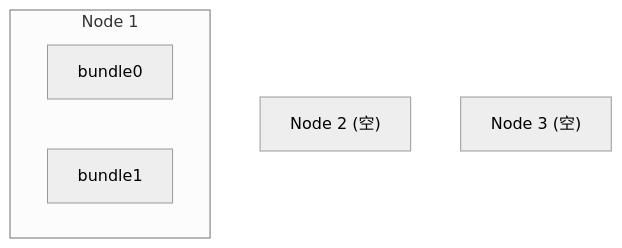
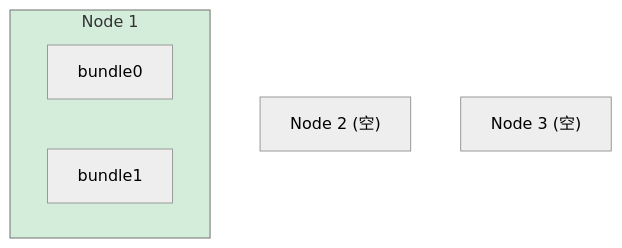
The first of 5 diagrams in ray-learning-path/03-调度系统/03-放置组策略.md (keyuanweb/ai-learning-path), drawn with Mermaid (neutral theme) before and after one commit. The commit also changed other lines of this file and 176 other files, not shown here.

First line of the commit message:
docs: 全仓库文档校对修复——错别字/失效链接/Mermaid图/源码引用

````diff
--- a/ray-learning-path/03-调度系统/03-放置组策略.md
+++ b/ray-learning-path/03-调度系统/03-放置组策略.md
@@ -41,11 +41,11 @@
 ```mermaid
 graph TD
     subgraph Node1["Node 1"]
         B0["bundle0"]
         B1["bundle1"]
     end
     N2["Node 2 (空)"]
     N3["Node 3 (空)"]
 
-    style Node1 fill:#d4edga
+    style Node1 fill:#d4edda
 ```
````
